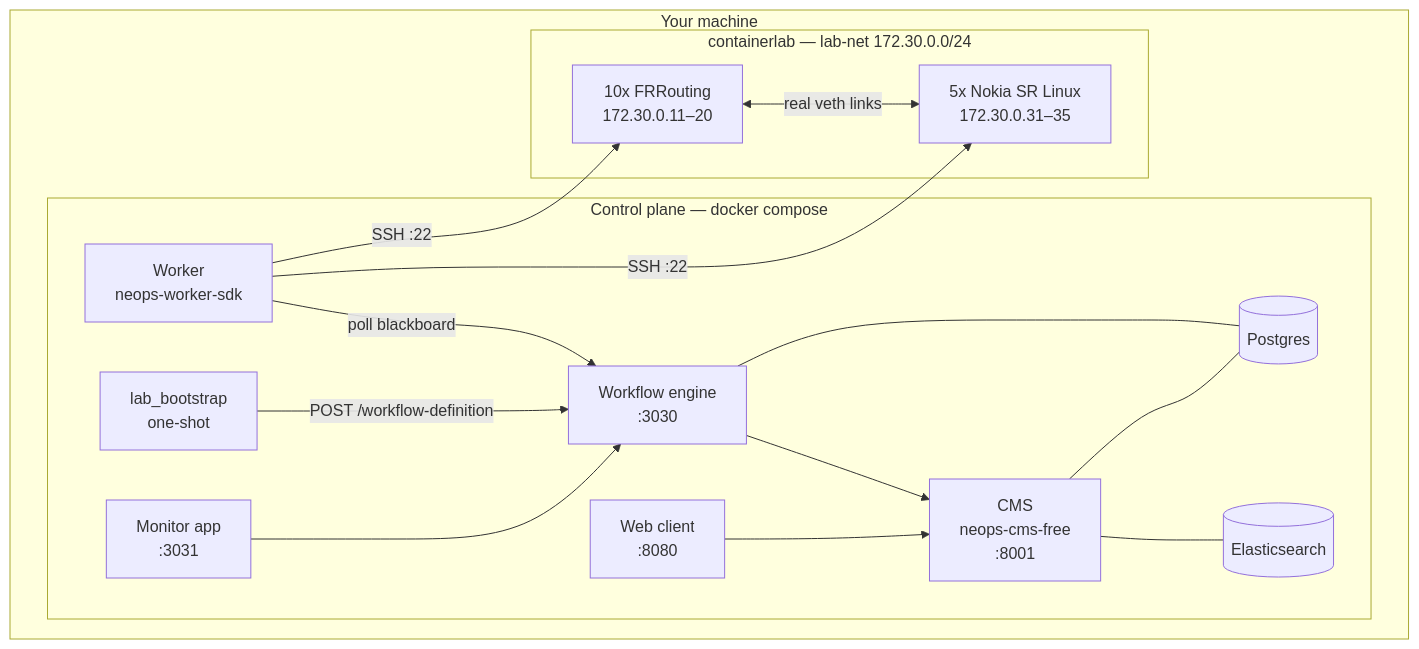
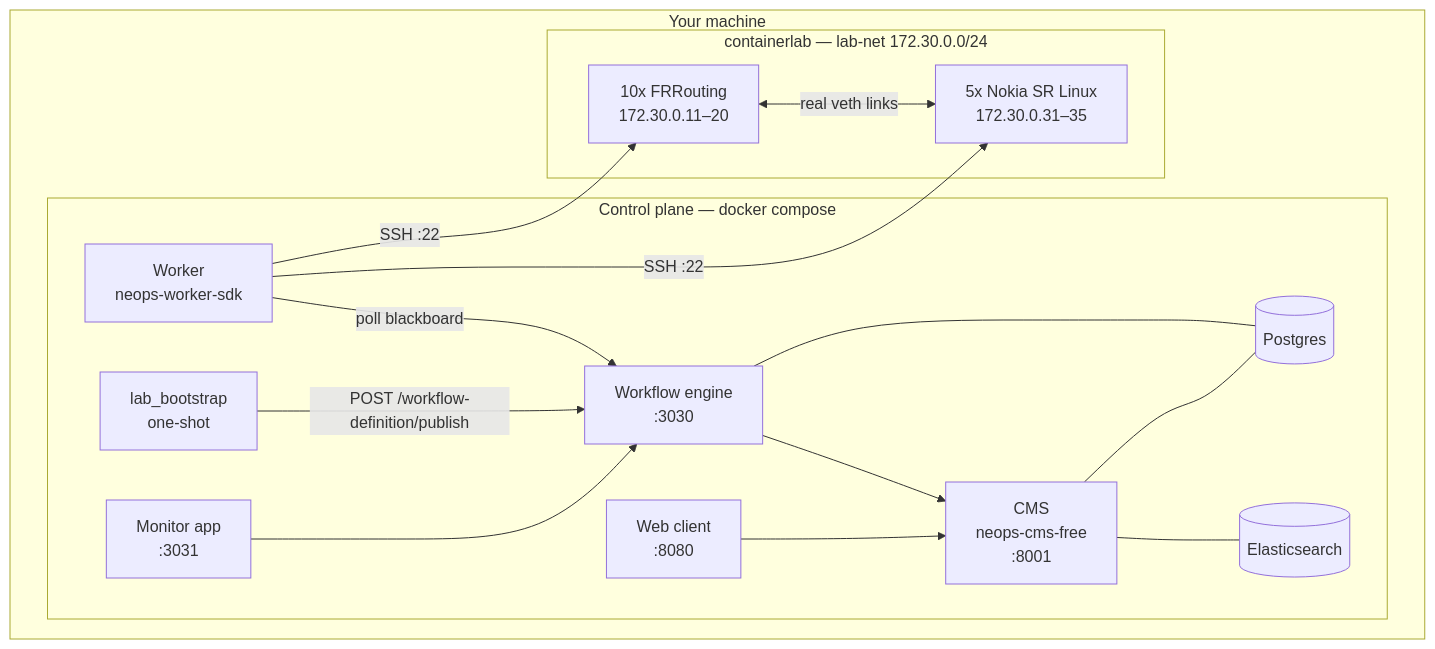
Before and after one commit to zebbra/neops-lab: the diagram in docs/index.md, drawn with Mermaid. The commit also changed 8 other files, not shown here.

````diff
--- a/docs/index.md
+++ b/docs/index.md
@@ -89,31 +89,31 @@
 ```mermaid
 graph TB
   subgraph host["Your machine"]
     subgraph cp["Control plane — docker compose"]
       cms["CMS<br/>neops-cms-free<br/>:8001"]
       engine["Workflow engine<br/>:3030"]
       monitor["Monitor app<br/>:3031"]
       wc["Web client<br/>:8080"]
       worker["Worker<br/>neops-worker-sdk"]
       boot["lab_bootstrap<br/>one-shot"]
       pg[("Postgres")]
       es[("Elasticsearch")]
     end
     subgraph clab["containerlab — lab-net 172.30.0.0/24"]
       frr["10x FRRouting<br/>172.30.0.11–20"]
       srl["5x Nokia SR Linux<br/>172.30.0.31–35"]
     end
   end
 
   wc --> cms
   monitor --> engine
   engine --> cms
-  boot -- "POST /workflow-definition" --> engine
+  boot -- "POST /workflow-definition/publish" --> engine
   worker -- "poll blackboard" --> engine
   worker -- "SSH :22" --> frr
   worker -- "SSH :22" --> srl
   cms --- pg
   cms --- es
   engine --- pg
   frr <-- "real veth links" --> srl
 ```
````
